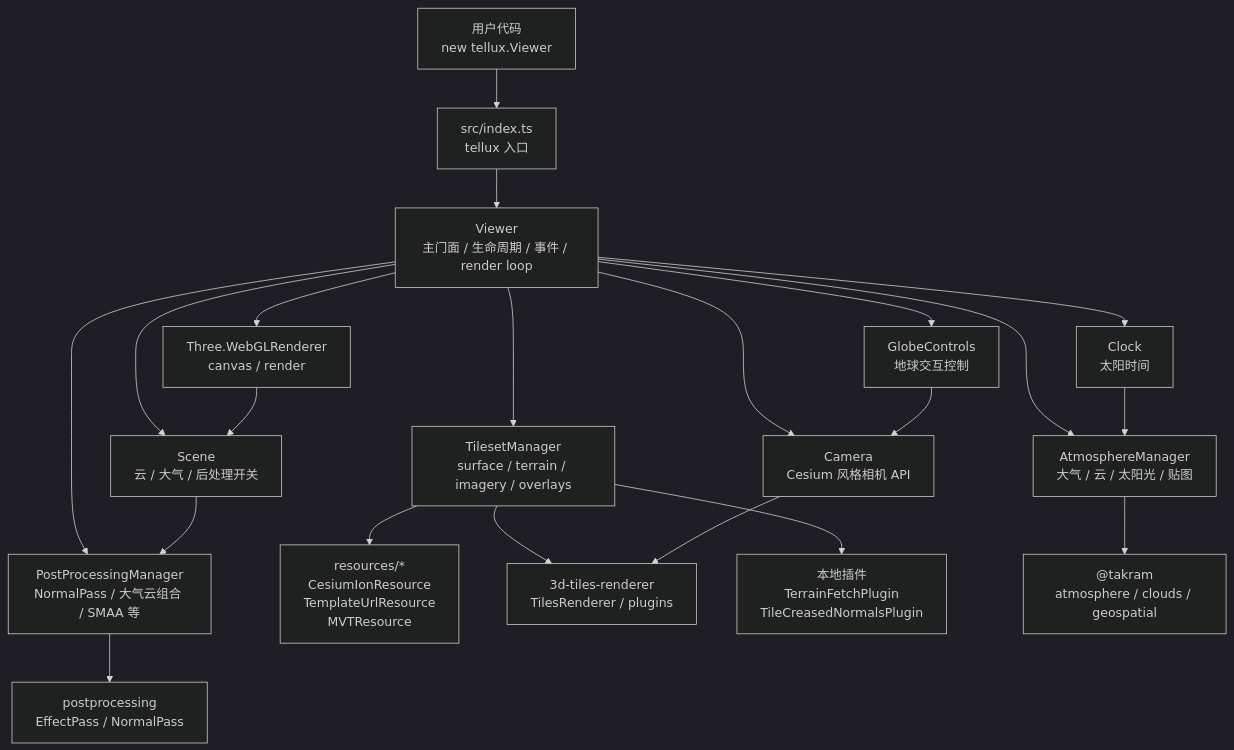
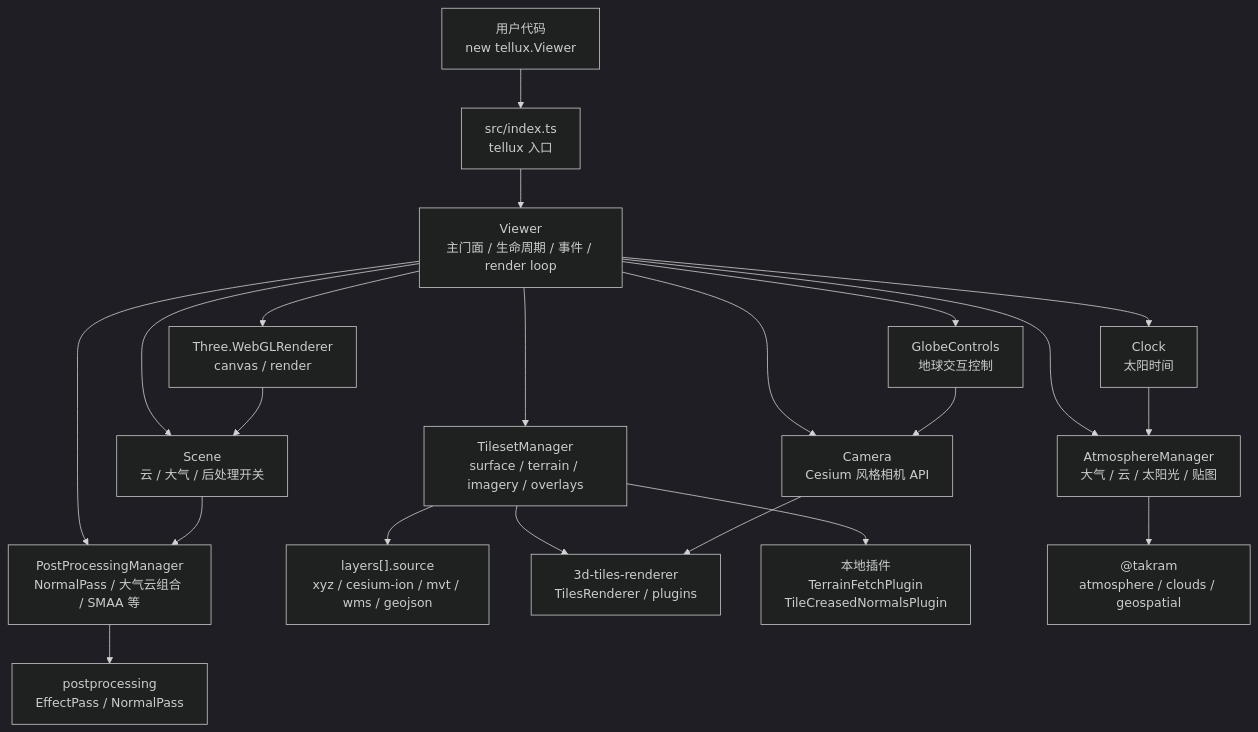
Before and after one commit to cyanfish-x/tellux: the first of 2 diagrams in README.md, drawn with Mermaid (dark theme). The commit also changed other lines of this file and 21 other files, not shown here.

Commit message:
初始化时的图层配置方式优化；

````diff
--- a/README.md
+++ b/README.md
@@ -255,28 +302,28 @@
 ```mermaid
 flowchart TB
   User["用户代码<br/>new tellux.Viewer"] --> Entry["src/index.ts<br/>tellux 入口"]
   Entry --> Viewer["Viewer<br/>主门面 / 生命周期 / 事件 / render loop"]
 
   Viewer --> Camera["Camera<br/>Cesium 风格相机 API"]
   Viewer --> Scene["Scene<br/>云 / 大气 / 后处理开关"]
   Viewer --> Clock["Clock<br/>太阳时间"]
   Viewer --> Controls["GlobeControls<br/>地球交互控制"]
   Viewer --> Renderer["Three.WebGLRenderer<br/>canvas / render"]
 
   Viewer --> TilesetManager["TilesetManager<br/>surface / terrain / imagery / overlays"]
   Viewer --> AtmosphereManager["AtmosphereManager<br/>大气 / 云 / 太阳光 / 贴图"]
   Viewer --> PostProcessingManager["PostProcessingManager<br/>NormalPass / 大气云组合 / SMAA 等"]
 
-  TilesetManager --> Resources["resources/*<br/>CesiumIonResource<br/>TemplateUrlResource<br/>MVTResource"]
+  TilesetManager --> Sources["layers[].source<br/>xyz / cesium-ion / mvt / wms / geojson"]
   TilesetManager --> TilesRenderer["3d-tiles-renderer<br/>TilesRenderer / plugins"]
   TilesetManager --> TilePlugins["本地插件<br/>TerrainFetchPlugin<br/>TileCreasedNormalsPlugin"]
 
   AtmosphereManager --> Takram["@takram<br/>atmosphere / clouds / geospatial"]
   PostProcessingManager --> Postprocessing["postprocessing<br/>EffectPass / NormalPass"]
 
   Scene --> PostProcessingManager
   Clock --> AtmosphereManager
   Camera --> TilesRenderer
   Controls --> Camera
   Renderer --> Scene
 ```
````
